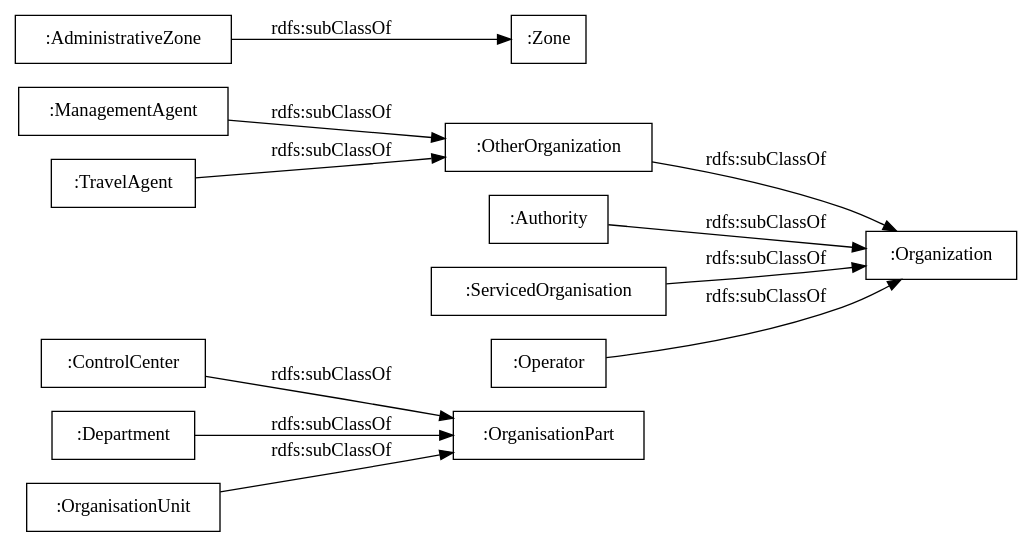
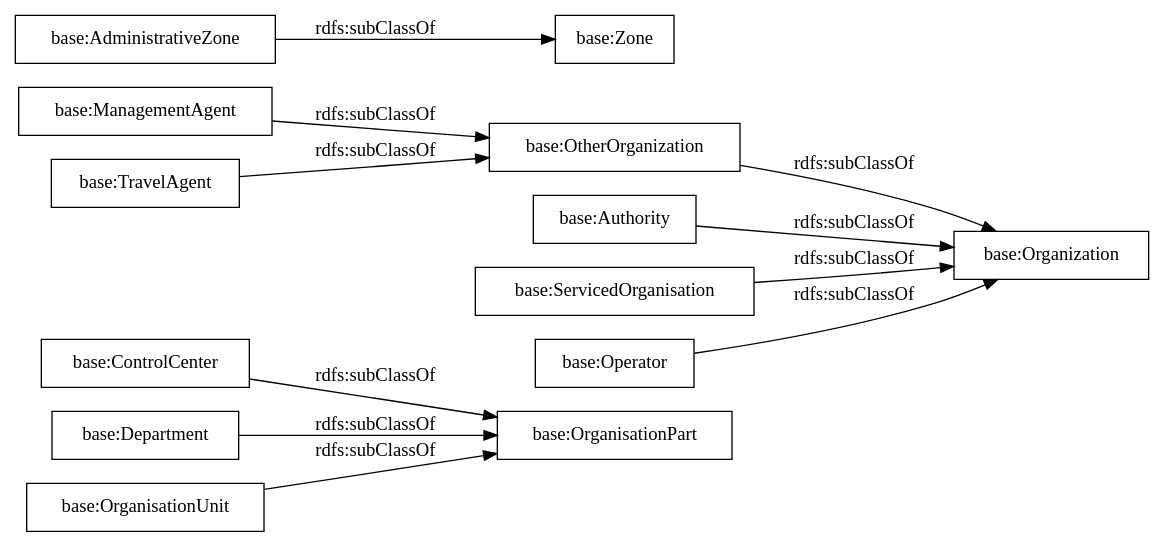
One commit to oeg-upm/transmodel-ontology changed the diagram in OnToology/ontology/tm-authorities.owl/diagrams/ar2dtool-taxonomy/tm-authorities.owl.png.dot. Above: the diagram before and after it, drawn with Graphviz. The commit also changed 58 other files, not shown here.

```diff
--- a/OnToology/ontology/tm-authorities.owl/diagrams/ar2dtool-taxonomy/tm-authorities.owl.png.dot
+++ b/OnToology/ontology/tm-authorities.owl/diagrams/ar2dtool-taxonomy/tm-authorities.owl.png.dot
@@ -1,16 +1,16 @@
 digraph ar2dtool_diagram { 
 rankdir=LR;
 size="1000"
-node [shape = rectangle, color="black"]; ":ControlCenter" ":ManagementAgent" ":Department" ":Organization" ":Authority" ":TravelAgent" ":Zone" ":ServicedOrganisation" ":OrganisationUnit" ":AdministrativeZone" ":OrganisationPart" ":Operator" ":OtherOrganization" ; /*classes style*/
-	":ServicedOrganisation" -> ":Organization" [ label = "rdfs:subClassOf" ];
-	":ManagementAgent" -> ":OtherOrganization" [ label = "rdfs:subClassOf" ];
-	":OtherOrganization" -> ":Organization" [ label = "rdfs:subClassOf" ];
-	":ControlCenter" -> ":OrganisationPart" [ label = "rdfs:subClassOf" ];
-	":AdministrativeZone" -> ":Zone" [ label = "rdfs:subClassOf" ];
-	":TravelAgent" -> ":OtherOrganization" [ label = "rdfs:subClassOf" ];
-	":Department" -> ":OrganisationPart" [ label = "rdfs:subClassOf" ];
-	":OrganisationUnit" -> ":OrganisationPart" [ label = "rdfs:subClassOf" ];
-	":Authority" -> ":Organization" [ label = "rdfs:subClassOf" ];
-	":Operator" -> ":Organization" [ label = "rdfs:subClassOf" ];
+node [shape = rectangle, color="black"]; "base:ControlCenter" "base:ManagementAgent" "base:Department" "base:Organization" "base:Authority" "base:TravelAgent" "base:Zone" "base:ServicedOrganisation" "base:OrganisationUnit" "base:OrganisationPart" "base:AdministrativeZone" "base:Operator" "base:OtherOrganization" ; /*classes style*/
+	"base:ServicedOrganisation" -> "base:Organization" [ label = "rdfs:subClassOf" ];
+	"base:ManagementAgent" -> "base:OtherOrganization" [ label = "rdfs:subClassOf" ];
+	"base:OtherOrganization" -> "base:Organization" [ label = "rdfs:subClassOf" ];
+	"base:ControlCenter" -> "base:OrganisationPart" [ label = "rdfs:subClassOf" ];
+	"base:TravelAgent" -> "base:OtherOrganization" [ label = "rdfs:subClassOf" ];
+	"base:AdministrativeZone" -> "base:Zone" [ label = "rdfs:subClassOf" ];
+	"base:Department" -> "base:OrganisationPart" [ label = "rdfs:subClassOf" ];
+	"base:OrganisationUnit" -> "base:OrganisationPart" [ label = "rdfs:subClassOf" ];
+	"base:Authority" -> "base:Organization" [ label = "rdfs:subClassOf" ];
+	"base:Operator" -> "base:Organization" [ label = "rdfs:subClassOf" ];
 
 }
```
